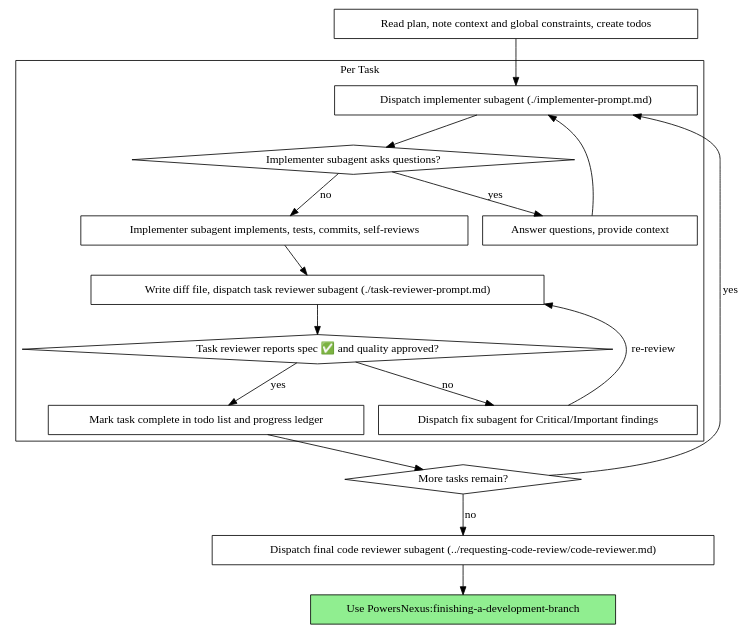
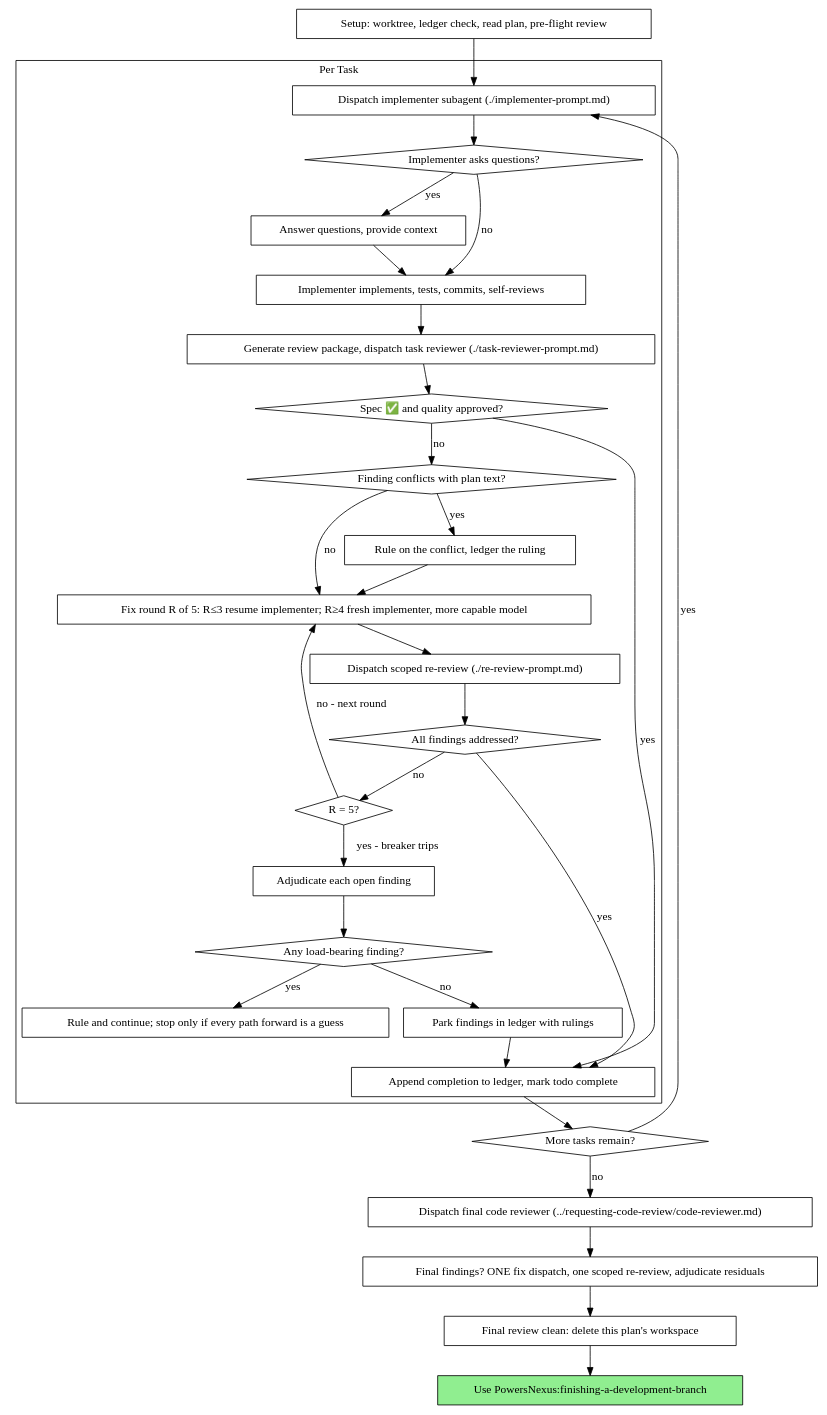
The second of 2 diagrams in skills/subagent-driven-development/SKILL.md (5575xyx/superpowers), drawn with Graphviz before and after one commit. The commit also changed other lines of this file and 25 other files, not shown here.

First line of the commit message:
feat: 吸收上游 v6.4 精华，升级 SDD/TDD/评审技能与 OpenCode 双栈插件

````diff
--- a/skills/subagent-driven-development/SKILL.md
+++ b/skills/subagent-driven-development/SKILL.md
@@ -61,37 +61,62 @@
 ```dot
 digraph process {
     rankdir=TB;
 
     subgraph cluster_per_task {
         label="Per Task";
         "Dispatch implementer subagent (./implementer-prompt.md)" [shape=box];
-        "Implementer subagent asks questions?" [shape=diamond];
+        "Implementer asks questions?" [shape=diamond];
         "Answer questions, provide context" [shape=box];
-        "Implementer subagent implements, tests, commits, self-reviews" [shape=box];
-        "Write diff file, dispatch task reviewer subagent (./task-reviewer-prompt.md)" [shape=box];
-        "Task reviewer reports spec ✅ and quality approved?" [shape=diamond];
-        "Dispatch fix subagent for Critical/Important findings" [shape=box];
-        "Mark task complete in todo list and progress ledger" [shape=box];
+        "Implementer implements, tests, commits, self-reviews" [shape=box];
+        "Generate review package, dispatch task reviewer (./task-reviewer-prompt.md)" [shape=box];
+        "Spec ✅ and quality approved?" [shape=diamond];
+        "Finding conflicts with plan text?" [shape=diamond];
+        "Rule on the conflict, ledger the ruling" [shape=box];
+        "Fix round R of 5: R≤3 resume implementer; R≥4 fresh implementer, more capable model" [shape=box];
+        "Dispatch scoped re-review (./re-review-prompt.md)" [shape=box];
+        "All findings addressed?" [shape=diamond];
+        "R = 5?" [shape=diamond];
+        "Adjudicate each open finding" [shape=box];
+        "Any load-bearing finding?" [shape=diamond];
+        "Rule and continue; stop only if every path forward is a guess" [shape=box];
+        "Park findings in ledger with rulings" [shape=box];
+        "Append completion to ledger, mark todo complete" [shape=box];
     }
 
-    "Read plan, note context and global constraints, create todos" [shape=box];
+    "Setup: worktree, ledger check, read plan, pre-flight review" [shape=box];
     "More tasks remain?" [shape=diamond];
-    "Dispatch final code reviewer subagent (../requesting-code-review/code-reviewer.md)" [shape=box];
+    "Dispatch final code reviewer (../requesting-code-review/code-reviewer.md)" [shape=box];
+    "Final findings? ONE fix dispatch, one scoped re-review, adjudicate residuals" [shape=box];
+    "Final review clean: delete this plan's workspace" [shape=box];
     "Use PowersNexus:finishing-a-development-branch" [shape=box style=filled fillcolor=lightgreen];
 
-    "Read plan, note context and global constraints, create todos" -> "Dispatch implementer subagent (./implementer-prompt.md)";
-    "Dispatch implementer subagent (./implementer-prompt.md)" -> "Implementer subagent asks questions?";
-    "Implementer subagent asks questions?" -> "Answer questions, provide context" [label="yes"];
-    "Answer questions, provide context" -> "Dispatch implementer subagent (./implementer-prompt.md)";
-    "Implementer subagent asks questions?" -> "Implementer subagent implements, tests, commits, self-reviews" [label="no"];
-    "Implementer subagent implements, tests, commits, self-reviews" -> "Write diff file, dispatch task reviewer subagent (./task-reviewer-prompt.md)";
-    "Write diff file, dispatch task reviewer subagent (./task-reviewer-prompt.md)" -> "Task reviewer reports spec ✅ and quality approved?";
-    "Task reviewer reports spec ✅ and quality approved?" -> "Dispatch fix subagent for Critical/Important findings" [label="no"];
-    "Dispatch fix subagent for Critical/Important findings" -> "Write diff file, dispatch task reviewer subagent (./task-reviewer-prompt.md)" [label="re-review"];
-    "Task reviewer reports spec ✅ and quality approved?" -> "Mark task complete in todo list and progress ledger" [label="yes"];
-    "Mark task complete in todo list and progress ledger" -> "More tasks remain?";
+    "Setup: worktree, ledger check, read plan, pre-flight review" -> "Dispatch implementer subagent (./implementer-prompt.md)";
+    "Dispatch implementer subagent (./implementer-prompt.md)" -> "Implementer asks questions?";
+    "Implementer asks questions?" -> "Answer questions, provide context" [label="yes"];
+    "Answer questions, provide context" -> "Implementer implements, tests, commits, self-reviews";
+    "Implementer asks questions?" -> "Implementer implements, tests, commits, self-reviews" [label="no"];
+    "Implementer implements, tests, commits, self-reviews" -> "Generate review package, dispatch task reviewer (./task-reviewer-prompt.md)";
+    "Generate review package, dispatch task reviewer (./task-reviewer-prompt.md)" -> "Spec ✅ and quality approved?";
+    "Spec ✅ and quality approved?" -> "Append completion to ledger, mark todo complete" [label="yes"];
+    "Spec ✅ and quality approved?" -> "Finding conflicts with plan text?" [label="no"];
+    "Finding conflicts with plan text?" -> "Rule on the conflict, ledger the ruling" [label="yes"];
+    "Rule on the conflict, ledger the ruling" -> "Fix round R of 5: R≤3 resume implementer; R≥4 fresh implementer, more capable model";
+    "Finding conflicts with plan text?" -> "Fix round R of 5: R≤3 resume implementer; R≥4 fresh implementer, more capable model" [label="no"];
+    "Fix round R of 5: R≤3 resume implementer; R≥4 fresh implementer, more capable model" -> "Dispatch scoped re-review (./re-review-prompt.md)";
+    "Dispatch scoped re-review (./re-review-prompt.md)" -> "All findings addressed?";
+    "All findings addressed?" -> "Append completion to ledger, mark todo complete" [label="yes"];
+    "All findings addressed?" -> "R = 5?" [label="no"];
+    "R = 5?" -> "Fix round R of 5: R≤3 resume implementer; R≥4 fresh implementer, more capable model" [label="no - next round"];
+    "R = 5?" -> "Adjudicate each open finding" [label="yes - breaker trips"];
+    "Adjudicate each open finding" -> "Any load-bearing finding?";
+    "Any load-bearing finding?" -> "Rule and continue; stop only if every path forward is a guess" [label="yes"];
+    "Any load-bearing finding?" -> "Park findings in ledger with rulings" [label="no"];
+    "Park findings in ledger with rulings" -> "Append completion to ledger, mark todo complete";
+    "Append completion to ledger, mark todo complete" -> "More tasks remain?";
     "More tasks remain?" -> "Dispatch implementer subagent (./implementer-prompt.md)" [label="yes"];
-    "More tasks remain?" -> "Dispatch final code reviewer subagent (../requesting-code-review/code-reviewer.md)" [label="no"];
-    "Dispatch final code reviewer subagent (../requesting-code-review/code-reviewer.md)" -> "Use PowersNexus:finishing-a-development-branch";
+    "More tasks remain?" -> "Dispatch final code reviewer (../requesting-code-review/code-reviewer.md)" [label="no"];
+    "Dispatch final code reviewer (../requesting-code-review/code-reviewer.md)" -> "Final findings? ONE fix dispatch, one scoped re-review, adjudicate residuals";
+    "Final findings? ONE fix dispatch, one scoped re-review, adjudicate residuals" -> "Final review clean: delete this plan's workspace";
+    "Final review clean: delete this plan's workspace" -> "Use PowersNexus:finishing-a-development-branch";
 }
 ```
````
